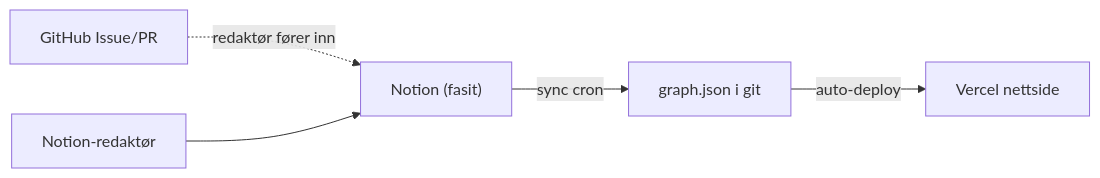
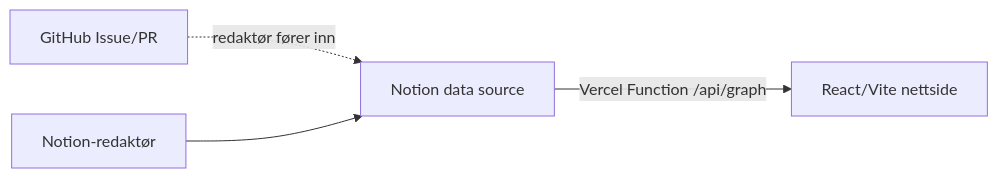
The diagram in README.md (lukketsvane/overvaking.iverfinne.no), drawn with Mermaid before and after one commit. The commit also changed other lines of this file and 18 other files, not shown here.

First line of the commit message:
feat: add verification script for Notion graph representation and generate static snapshot

````diff
--- a/README.md
+++ b/README.md
@@ -9,7 +11,6 @@
 ```mermaid
 flowchart LR
-  A["Notion (fasit)"] -->|"sync cron"| B["graph.json i git"]
-  B -->|"auto-deploy"| C["Vercel nettside"]
+  A["Notion data source"] -->|"Vercel Function /api/graph"| B["React/Vite nettside"]
   D["GitHub Issue/PR"] -.->|"redaktør fører inn"| A
   E["Notion-redaktør"] --> A
 ```
````
